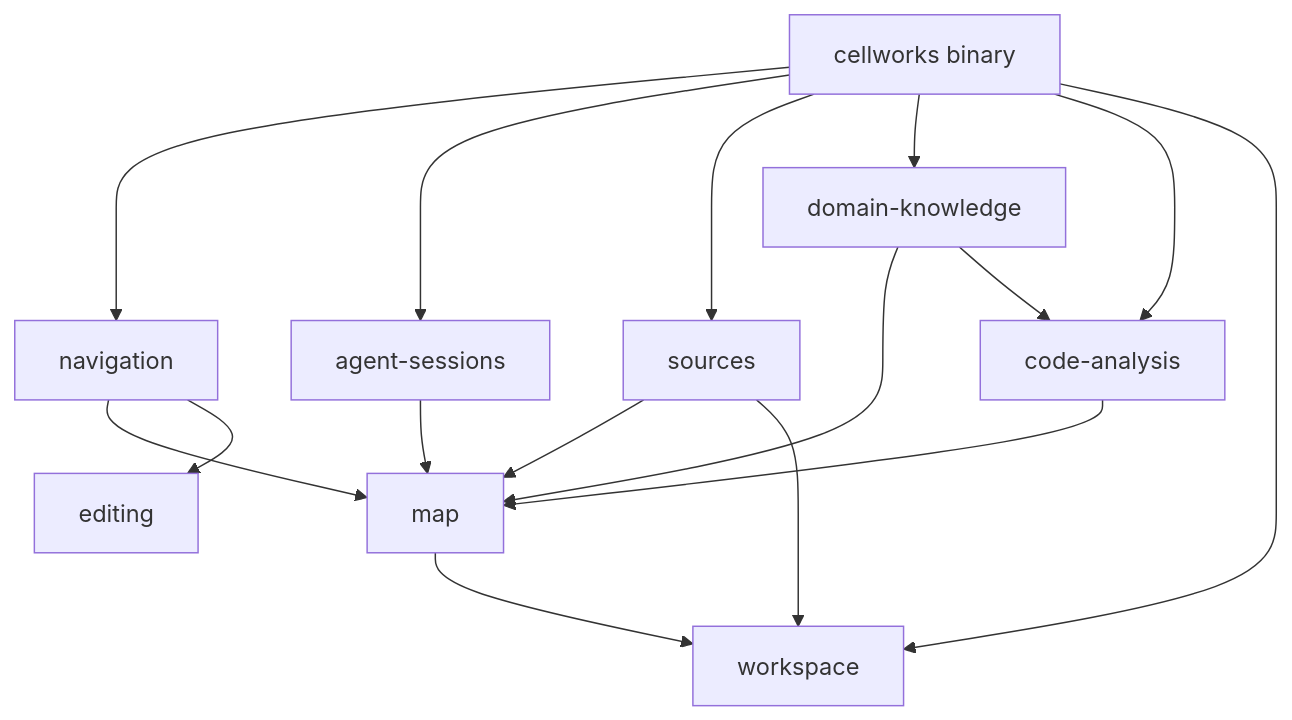
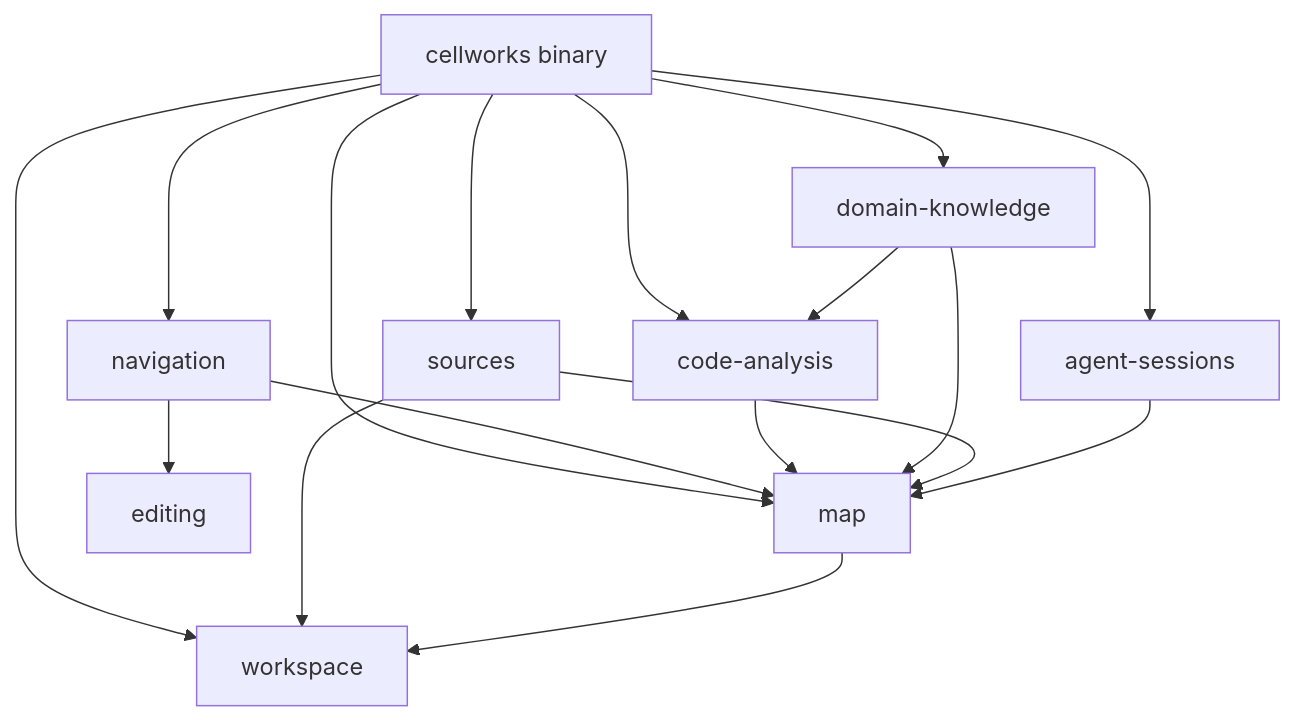
Before and after one commit to Xunrise/cellworks: the diagram in docs/arc42/05-building-blocks.md, drawn with Mermaid. The commit also changed other lines of this file and 36 other files, not shown here.

````diff
--- a/docs/arc42/05-building-blocks.md
+++ b/docs/arc42/05-building-blocks.md
@@ -16,28 +16,29 @@
 ```mermaid
 flowchart TB
   bin[cellworks binary]
   ws[workspace]
   map[map]
   nav[navigation]
   code[code-analysis]
   dk[domain-knowledge]
   src[sources]
   ag[agent-sessions]
   ed[editing]
 
   bin --> nav
   bin --> ag
   bin --> src
   bin --> dk
   bin --> code
   bin --> ws
+  bin --> map
   nav --> map
   nav --> ed
   code --> map
   dk --> map
   dk --> code
   src --> map
   src --> ws
   ag --> map
   map --> ws
 ```
````
